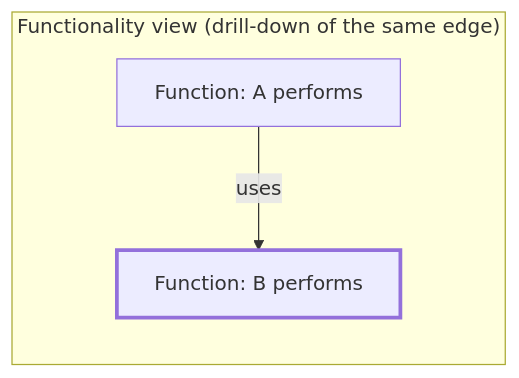
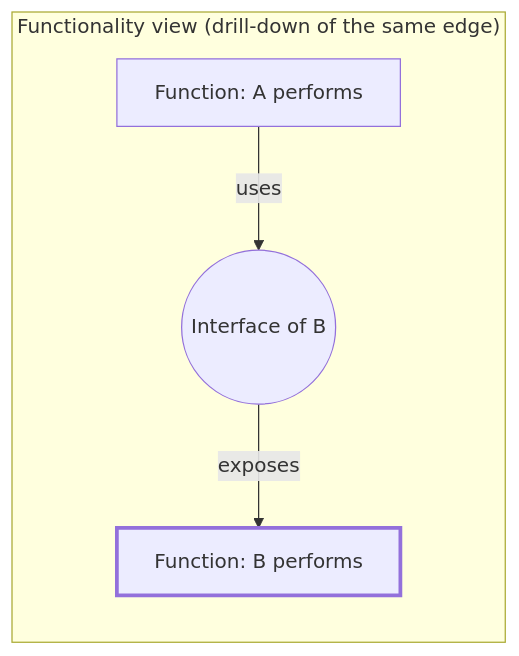
One commit to mykhailo-kulish/contour changed the fourth of 8 diagrams in contour.md. Above: the diagram before and after it, drawn with Mermaid. The commit also changed other lines of this file and 2 other files, not shown here.

First line of the commit message:
v0.4: bring back Interface as the element that serves one caller

````diff
--- a/contour.md
+++ b/contour.md
@@ -316,7 +319,8 @@
 ```mermaid
 graph LR
     subgraph "Functionality view (drill-down of the same edge)"
-        FA[Function: A performs] -->|uses| FB[Function: B performs]:::ext
+        FA[Function: A performs] -->|uses| IB(("Interface of B"))
+        IB -->|exposes| FB[Function: B performs]:::ext
     end
     classDef ext stroke-width:3px
 ```
````
